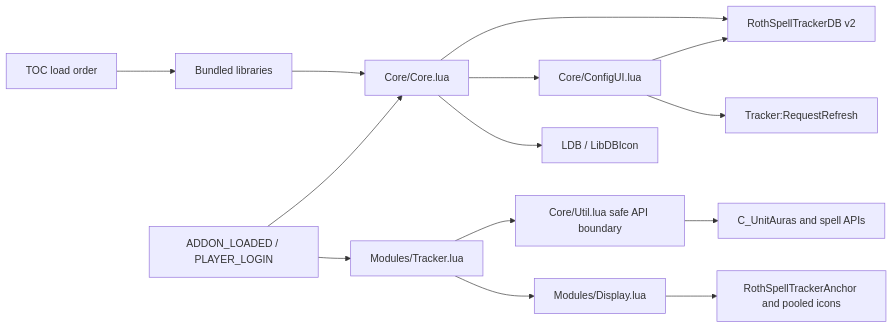
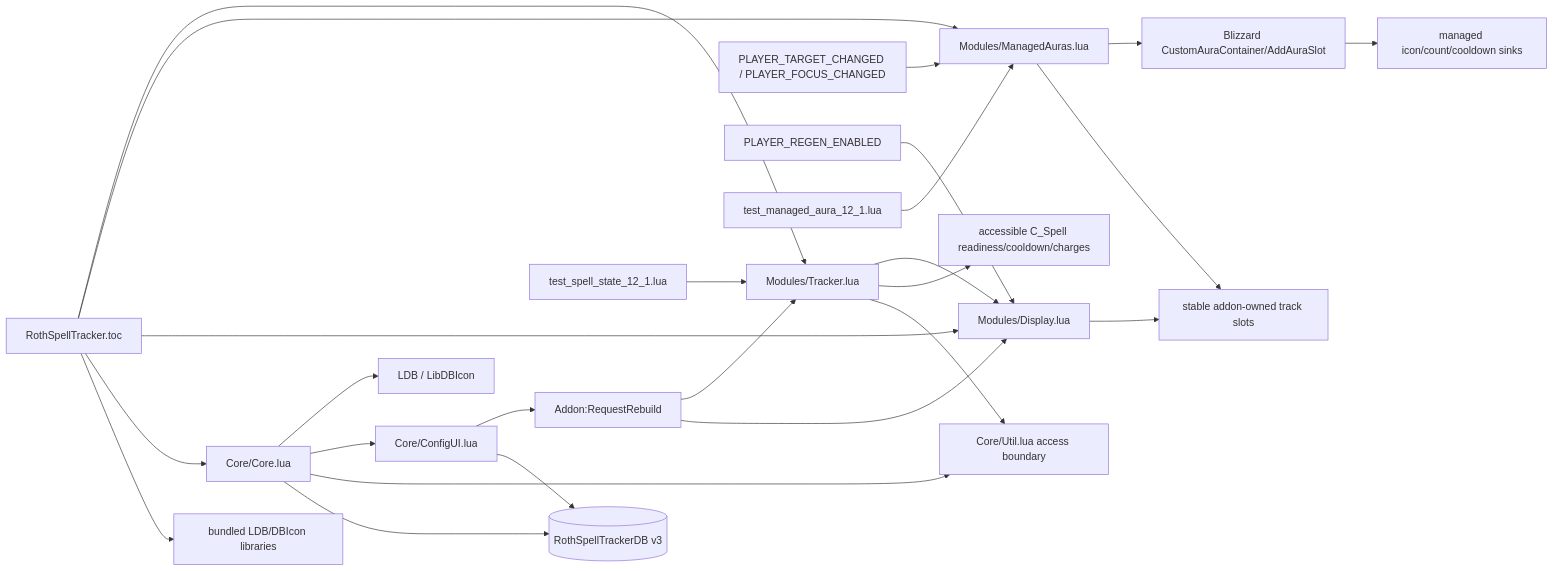
One commit to UnknownAlienHuman/roth-spell-tracker changed the diagram in CODE_GRAPH.md. Above: the diagram before and after it, drawn with Mermaid. The commit also changed other lines of this file, not shown here.

Commit message:
docs: update the managed aura code graph

````diff
--- a/CODE_GRAPH.md
+++ b/CODE_GRAPH.md
@@ -3,16 +3,27 @@
 ```mermaid
 flowchart LR
-  TOC[TOC load order] --> Libs[Bundled libraries]
-  Libs --> Core[Core/Core.lua]
-  Core --> DB[RothSpellTrackerDB v2]
-  Core --> UI[Core/ConfigUI.lua]
+  T["RothSpellTracker.toc"] --> L["bundled LDB/DBIcon libraries"]
+  T --> C["Core/Core.lua"]
+  T --> D["Modules/Display.lua"]
+  T --> A["Modules/ManagedAuras.lua"]
+  T --> S["Modules/Tracker.lua"]
+  C --> DB[("RothSpellTrackerDB v3")]
+  C --> U["Core/Util.lua access boundary"]
+  C --> UI["Core/ConfigUI.lua"]
   UI --> DB
-  UI --> Refresh[Tracker:RequestRefresh]
-  Events[ADDON_LOADED / PLAYER_LOGIN] --> Core
-  Events --> Tracker[Modules/Tracker.lua]
-  Tracker --> Safe[Core/Util.lua safe API boundary]
-  Safe --> Aura[C_UnitAuras and spell APIs]
-  Tracker --> Display[Modules/Display.lua]
-  Display --> Anchor[RothSpellTrackerAnchor and pooled icons]
-  Core --> Minimap[LDB / LibDBIcon]
+  UI --> R["Addon:RequestRebuild"]
+  R --> D
+  R --> S
+  D --> ST["stable addon-owned track slots"]
+  A --> ST
+  A --> AC["Blizzard CustomAuraContainer/AddAuraSlot"]
+  AC --> AB["managed icon/count/cooldown sinks"]
+  S --> U
+  S --> SP["accessible C_Spell readiness/cooldown/charges"]
+  S --> D
+  E["PLAYER_TARGET_CHANGED / PLAYER_FOCUS_CHANGED"] --> A
+  G["PLAYER_REGEN_ENABLED"] --> D
+  C --> M["LDB / LibDBIcon"]
+  X1["test_managed_aura_12_1.lua"] --> A
+  X2["test_spell_state_12_1.lua"] --> S
 ```
````
